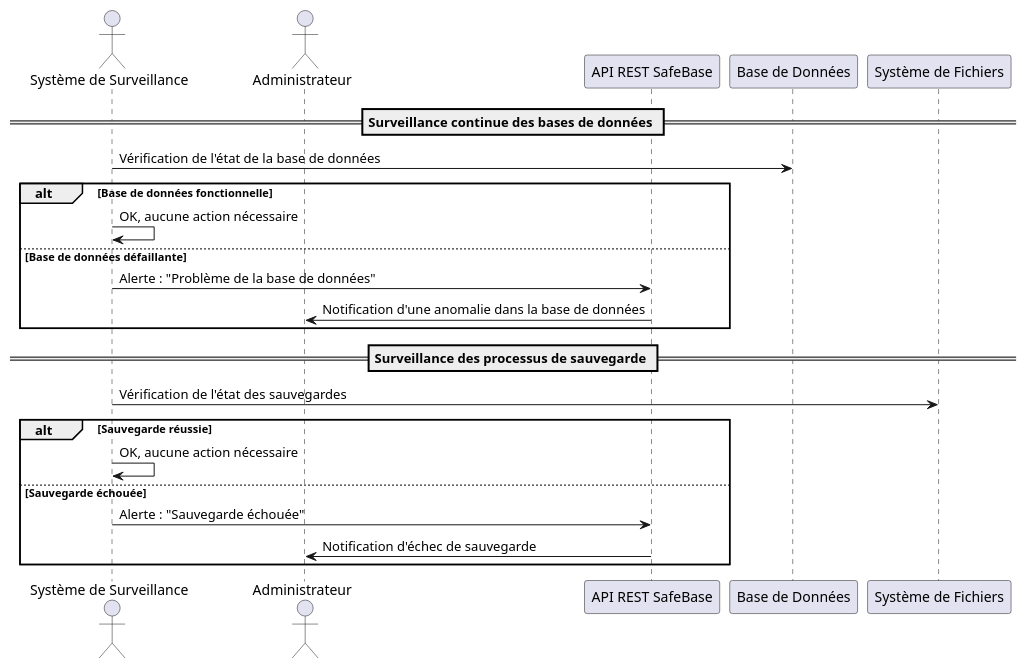
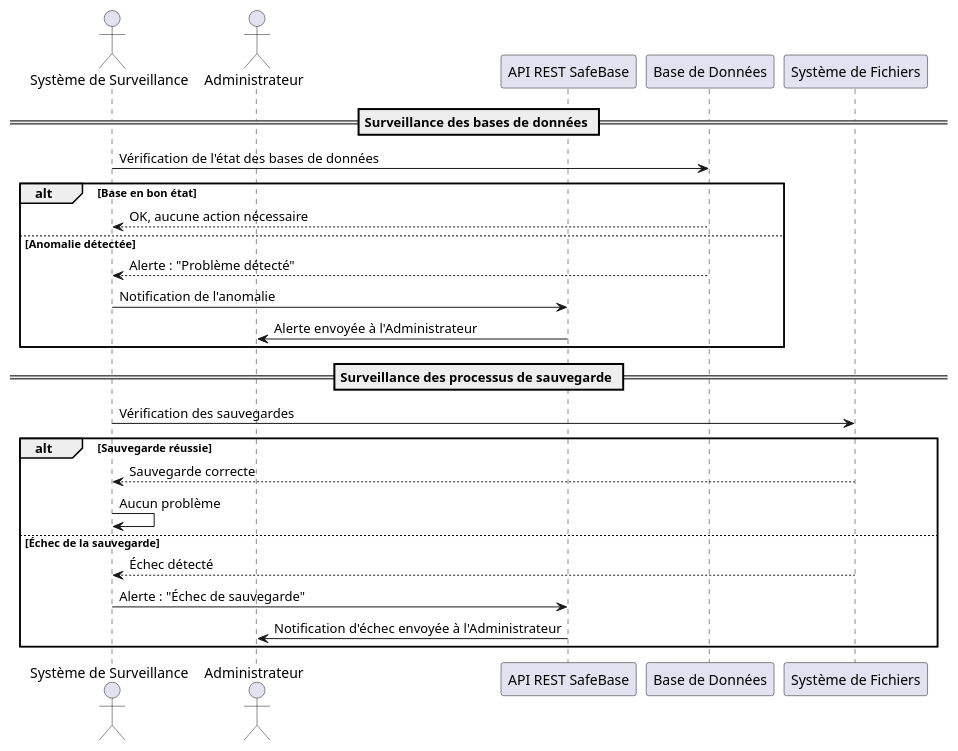
Before and after one commit to benoit-bremaud/plateforme-safebase: the fifth of 12 diagrams in docs/uml/diagramme_sequence.md, drawn with PlantUML. The commit also changed other lines of this file, not shown here.

First line of the commit message:
docs(diagram-sequence): synthesize and finalize UML sequence diagrams

````diff
--- a/docs/uml/diagramme_sequence.md
+++ b/docs/uml/diagramme_sequence.md
@@ -359,29 +258,32 @@
 ```plantuml
 @startuml
 actor "Système de Surveillance" as Monitor
 actor "Administrateur" as Admin
 participant "API REST SafeBase" as API
 participant "Base de Données" as DB
 participant "Système de Fichiers" as FS
 
-== Surveillance continue des bases de données ==
-Monitor -> DB : Vérification de l'état de la base de données
+== Surveillance des bases de données ==
+Monitor -> DB : Vérification de l'état des bases de données
 
-alt Base de données fonctionnelle
-  Monitor -> Monitor : OK, aucune action nécessaire
-else Base de données défaillante
-  Monitor -> API : Alerte : "Problème de la base de données"
-  API -> Admin : Notification d'une anomalie dans la base de données
+alt Base en bon état
+    DB --> Monitor : OK, aucune action nécessaire
+else Anomalie détectée
+    DB --> Monitor : Alerte : "Problème détecté"
+    Monitor -> API : Notification de l'anomalie
+    API -> Admin : Alerte envoyée à l'Administrateur
 end alt
 
 == Surveillance des processus de sauvegarde ==
-Monitor -> FS : Vérification de l'état des sauvegardes
+Monitor -> FS : Vérification des sauvegardes
 
 alt Sauvegarde réussie
-  Monitor -> Monitor : OK, aucune action nécessaire
-else Sauvegarde échouée
-  Monitor -> API : Alerte : "Sauvegarde échouée"
-  API -> Admin : Notification d'échec de sauvegarde
+    FS --> Monitor : Sauvegarde correcte
+    Monitor -> Monitor : Aucun problème
+else Échec de la sauvegarde
+    FS --> Monitor : Échec détecté
+    Monitor -> API : Alerte : "Échec de sauvegarde"
+    API -> Admin : Notification d'échec envoyée à l'Administrateur
 end alt
 @enduml
 ```
````
